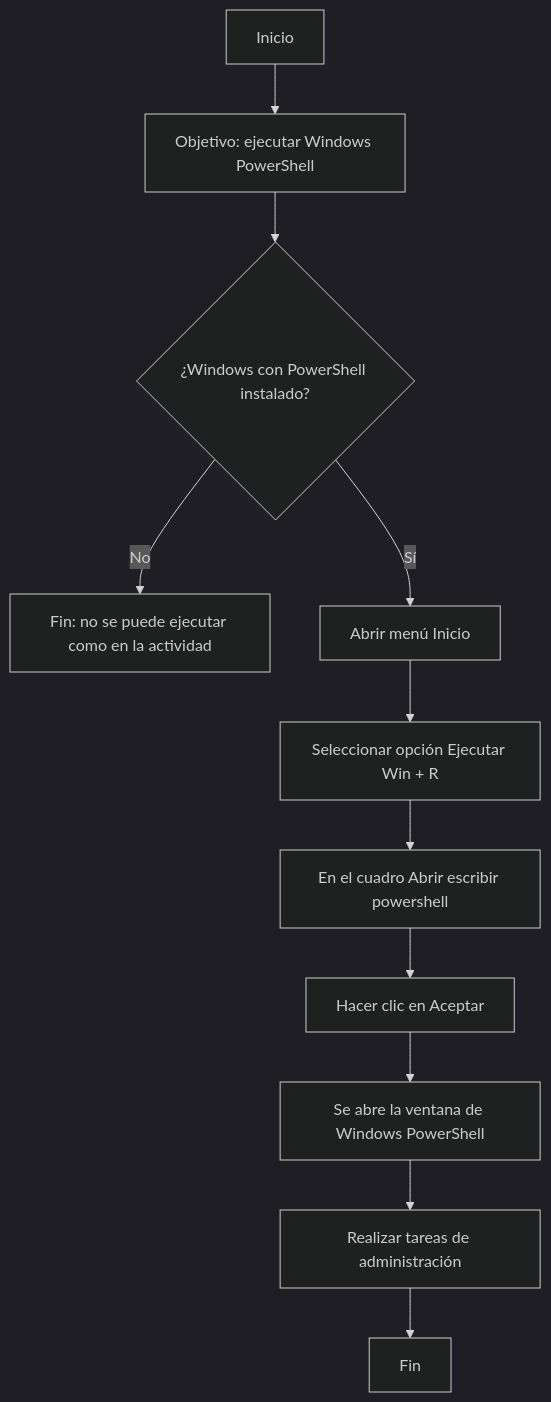
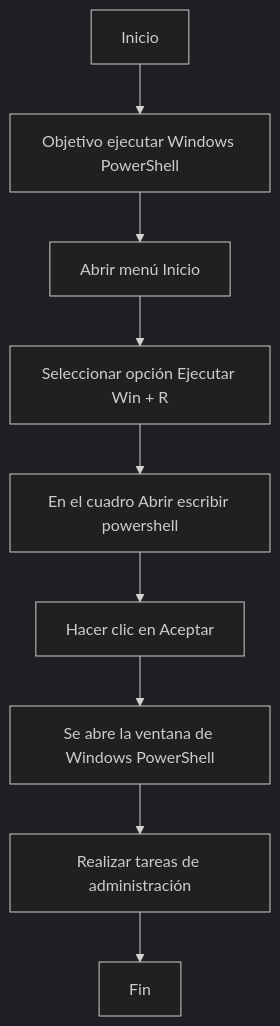
The diagram in [geoparvil]-[1]-[1.1]-[actividad].md (geoparvil/SMR2-SOR), drawn with Mermaid (dark theme) before and after one commit.

````diff
--- a/[geoparvil]-[1]-[1.1]-[actividad].md
+++ b/[geoparvil]-[1]-[1.1]-[actividad].md
@@ -22,13 +22,11 @@
 ```mermaid
 flowchart TD
-    A[Inicio] --> B[Objetivo: ejecutar Windows PowerShell]
-    B --> C{¿Windows con PowerShell instalado?}
-    C -- No --> Z[Fin: no se puede ejecutar como en la actividad]
-    C -- Sí --> D[Abrir menú Inicio]
-    D --> E[Seleccionar opción Ejecutar Win + R]
-    E --> F[En el cuadro Abrir escribir powershell]
-    F --> G[Hacer clic en Aceptar]
-    G --> H[Se abre la ventana de Windows PowerShell]
-    H --> I[Realizar tareas de administración]
-    I --> J[Fin]
+    A[Inicio] --> B[Objetivo ejecutar Windows PowerShell]
+    B --> C[Abrir menú Inicio]
+    C --> D[Seleccionar opción Ejecutar Win + R]
+    D --> E[En el cuadro Abrir escribir powershell]
+    E --> F[Hacer clic en Aceptar]
+    F --> G[Se abre la ventana de Windows PowerShell]
+    G --> H[Realizar tareas de administración]
+    H --> I[Fin]
 ```
````
